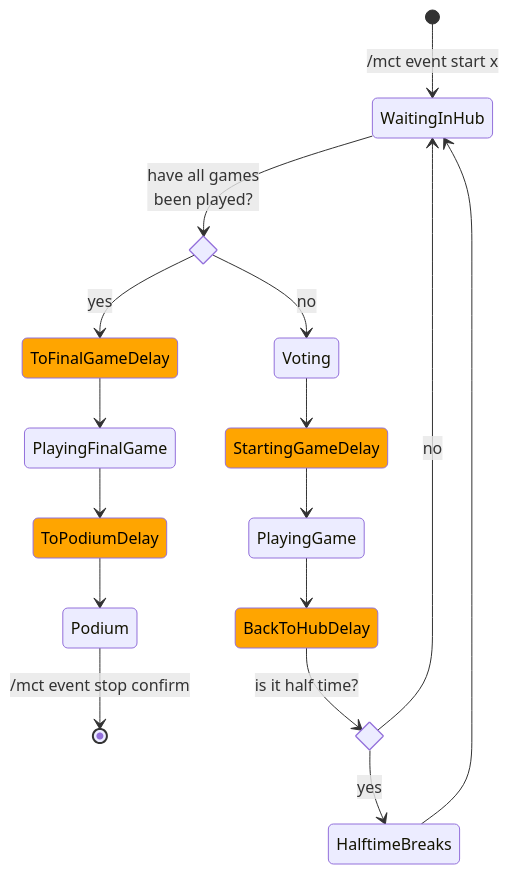
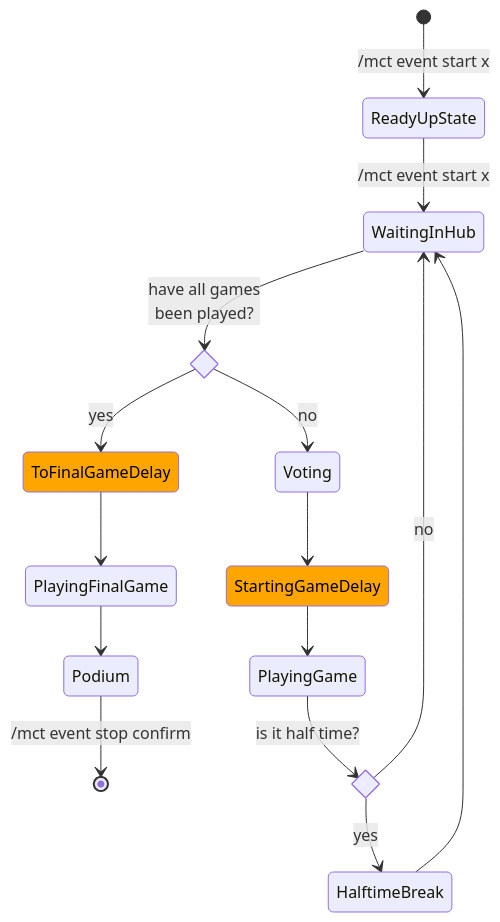
The diagram in docs/event-manager-flow.md (Braekpo1nt/MCTManager), drawn with Mermaid before and after one commit. The commit also changed 119 other files, not shown here.

````diff
--- a/docs/event-manager-flow.md
+++ b/docs/event-manager-flow.md
@@ -1,26 +1,25 @@
 ```mermaid
 stateDiagram
 direction TB
 classDef delay fill:orange,color:black
 
-[*] --> WaitingInHub: /mct event start x
+[*] --> ReadyUpState: /mct event start x
+ReadyUpState --> WaitingInHub: /mct event start x
 state games_left <<choice>>
 WaitingInHub --> games_left: have all games<br>been played?
 games_left --> ToFinalGameDelay: yes
 ToFinalGameDelay --> PlayingFinalGame
-PlayingFinalGame --> ToPodiumDelay
-ToPodiumDelay --> Podium
+PlayingFinalGame -->  Podium
 Podium --> [*]: /mct event stop confirm
 
 games_left --> Voting: no
 Voting --> StartingGameDelay
 StartingGameDelay --> PlayingGame
-PlayingGame --> BackToHubDelay
 state half_time <<choice>>
-BackToHubDelay --> half_time: is it half time?
-half_time --> HalftimeBreaks: yes
+PlayingGame --> half_time: is it half time?
+half_time --> HalftimeBreak: yes
 half_time --> WaitingInHub: no
-HalftimeBreaks --> WaitingInHub
+HalftimeBreak --> WaitingInHub
 
 class ToFinalGameDelay, ToPodiumDelay, StartingGameDelay, BackToHubDelay delay
 ```
````
